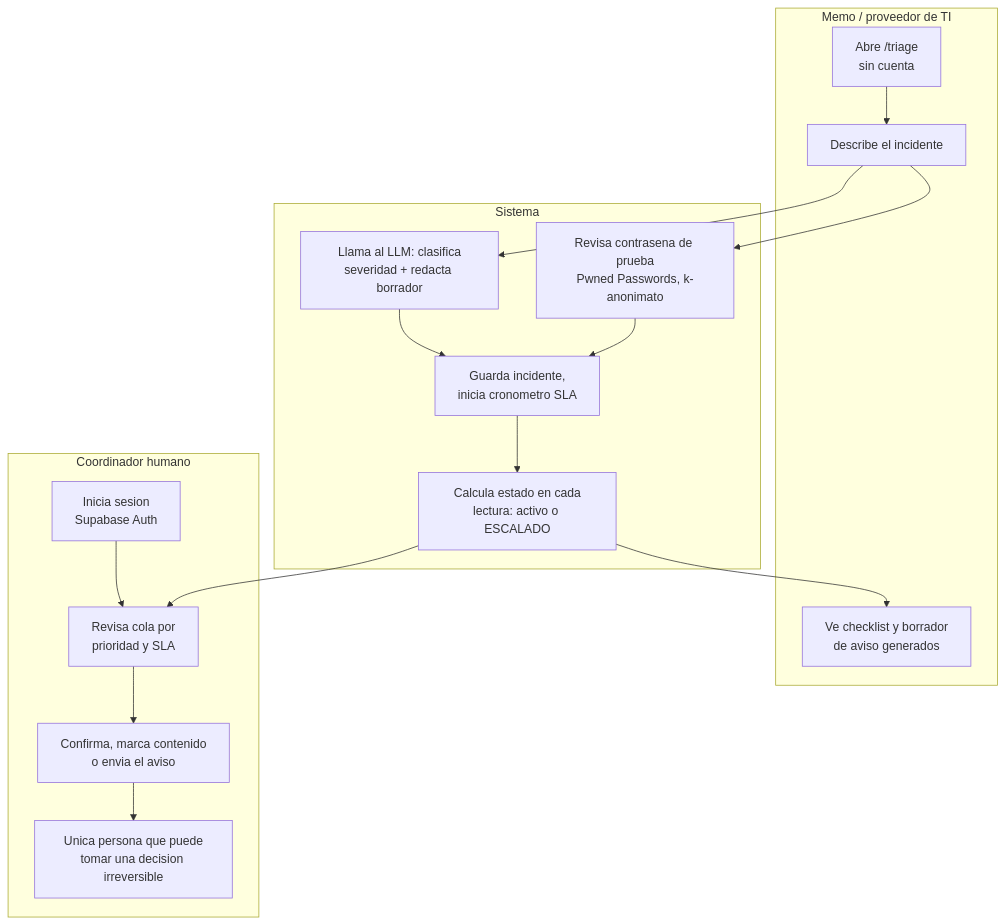
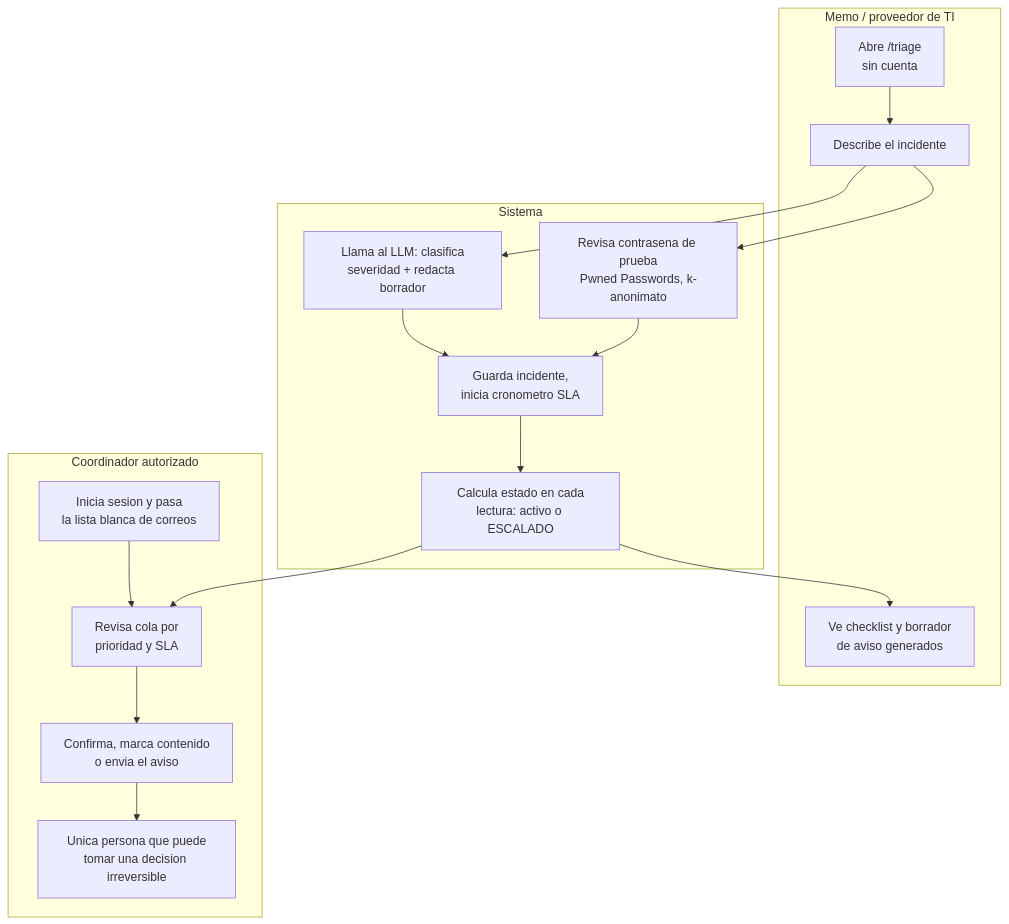
One commit to cmms17/w08-primera-hora changed the second of 2 diagrams in docs/PACKET.md. Above: the diagram before and after it, drawn with Mermaid. The commit also changed other lines of this file and 8 other files, not shown here.

````diff
--- a/docs/PACKET.md
+++ b/docs/PACKET.md
@@ -68,29 +100,29 @@
 ```mermaid
 flowchart TD
     subgraph MEM[Memo / proveedor de TI]
         m1[Abre /triage\nsin cuenta]
         m2[Describe el incidente]
         m3[Ve checklist y borrador\nde aviso generados]
     end
     subgraph SIS[Sistema]
         s1[Revisa contrasena de prueba\nPwned Passwords, k-anonimato]
         s2[Llama al LLM: clasifica\nseveridad + redacta borrador]
         s3[Guarda incidente,\ninicia cronometro SLA]
         s4[Calcula estado en cada\nlectura: activo o ESCALADO]
     end
-    subgraph COO[Coordinador humano]
-        c1[Inicia sesion\nSupabase Auth]
+    subgraph COO[Coordinador autorizado]
+        c1[Inicia sesion y pasa\nla lista blanca de correos]
         c2[Revisa cola por\nprioridad y SLA]
         c3[Confirma, marca contenido\no envia el aviso]
         c4[Unica persona que puede\ntomar una decision irreversible]
     end
 
     m1 --> m2 --> s1
     m2 --> s2
     s1 --> s3
     s2 --> s3
     s3 --> s4
     s4 --> m3
     s4 --> c2
     c1 --> c2 --> c3 --> c4
 ```
````
